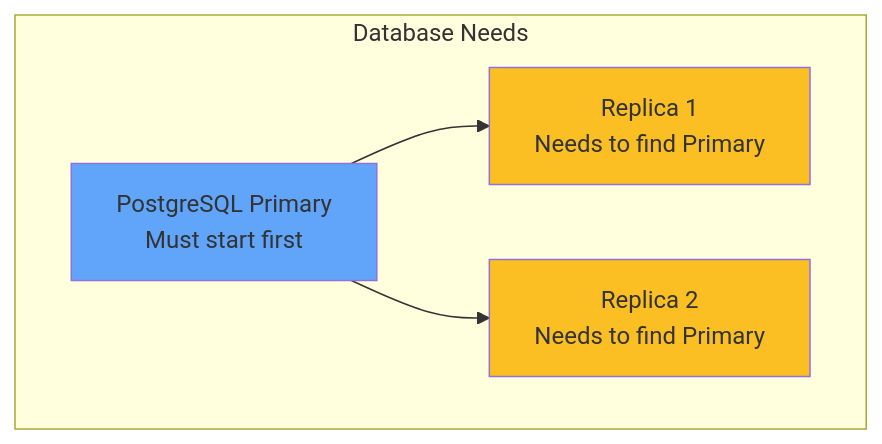
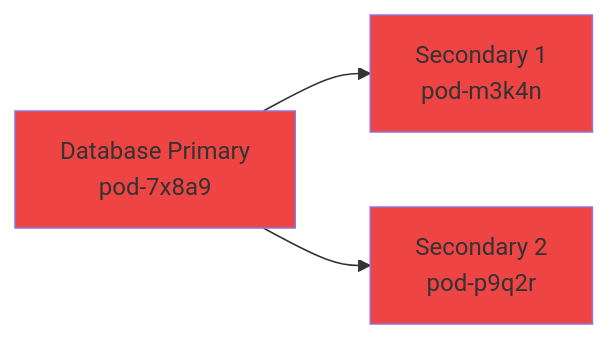
The second of 7 diagrams in slides/statefulsets/slides.md (courselabs/kubernetes), drawn with Mermaid before and after one commit. The commit also changed other lines of this file and 7 other files, not shown here.

````diff
--- a/slides/statefulsets/slides.md
+++ b/slides/statefulsets/slides.md
@@ -39,11 +62,8 @@
 ```mermaid
-graph TB
-    subgraph Required["Database Needs"]
-        D[PostgreSQL Primary<br/>Must start first]
-        D --> R1[Replica 1<br/>Needs to find Primary]
-        D --> R2[Replica 2<br/>Needs to find Primary]
-    end
-    style D fill:#60a5fa
-    style R1 fill:#fbbf24
-    style R2 fill:#fbbf24
+graph LR
+    Primary[Database Primary<br/>pod-7x8a9] --> Secondary1[Secondary 1<br/>pod-m3k4n]
+    Primary --> Secondary2[Secondary 2<br/>pod-p9q2r]
+    style Primary fill:#ef4444
+    style Secondary1 fill:#ef4444
+    style Secondary2 fill:#ef4444
 ```
````
